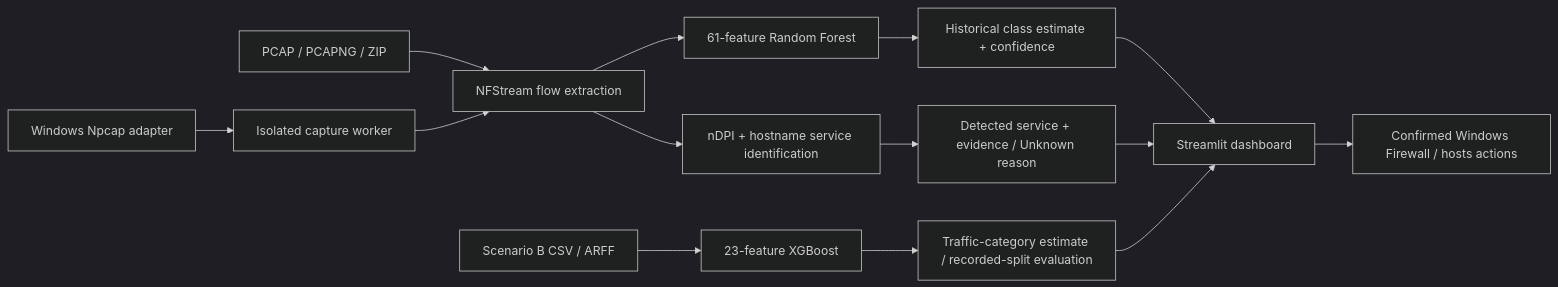
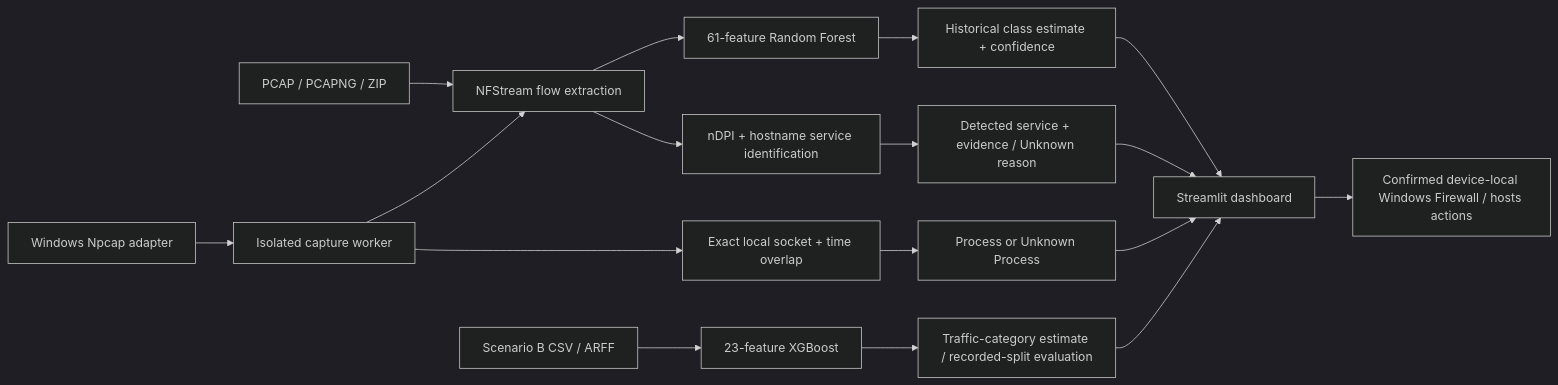
One commit to Mahesh032R/network_traffic_classifier changed the diagram in README.md. Above: the diagram before and after it, drawn with Mermaid (dark theme). The commit also changed other lines of this file and 20 other files, not shown here.

````diff
--- a/README.md
+++ b/README.md
@@ -13,14 +13,16 @@
 ```mermaid
 flowchart LR
     A[PCAP / PCAPNG / ZIP] --> B[NFStream flow extraction]
     C[Windows Npcap adapter] --> D[Isolated capture worker] --> B
+    D --> P[Exact local socket + time overlap] --> Q[Process or Unknown Process]
     B --> E[61-feature Random Forest]
     B --> F[nDPI + hostname service identification]
     E --> G[Historical class estimate + confidence]
     F --> H[Detected service + evidence / Unknown reason]
     G --> I[Streamlit dashboard]
     H --> I
+    Q --> I
     J[Scenario B CSV / ARFF] --> K[23-feature XGBoost] --> L[Traffic-category estimate / recorded-split evaluation]
     L --> I
-    I --> M[Confirmed Windows Firewall / hosts actions]
+    I --> M[Confirmed device-local Windows Firewall / hosts actions]
 ```
````
